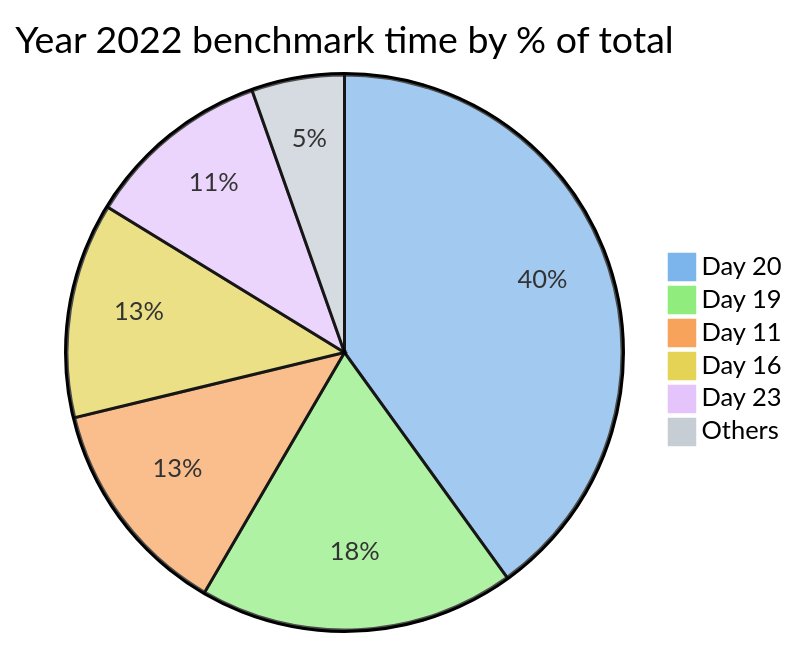
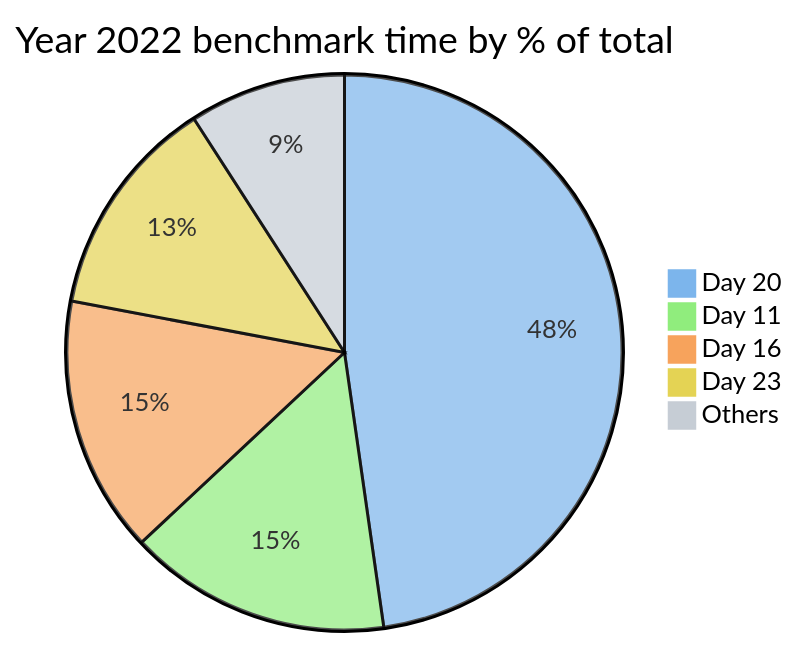
Before and after one commit to maneatingape/advent-of-code-rust: the second of 7 diagrams in README.md, drawn with Mermaid. The commit also changed other lines of this file and 1 other file, not shown here.

````diff
--- a/README.md
+++ b/README.md
@@ -80,11 +80,10 @@
 ```mermaid
-%%{init: {"themeVariables": { "pie1": "#7cb5ec", "pie2": "#90ed7d", "pie3": "#f7a35c", "pie4": "#e4d354", "pie5": "#e4c4fb", "pie6": "#c6cdd5"}}}%%
+%%{init: {"themeVariables": { "pie1": "#7cb5ec", "pie2": "#90ed7d", "pie3": "#f7a35c", "pie4": "#e4d354", "pie5": "#c6cdd5"}}}%%
 pie
     title Year 2022 benchmark time by % of total
     "Day 20" : 7449
-    "Day 19" : 3416
     "Day 11" : 2386
     "Day 16" : 2331
     "Day 23" : 2017
-    "Others" : 1004
+    "Others" : 1421
 ```
````
